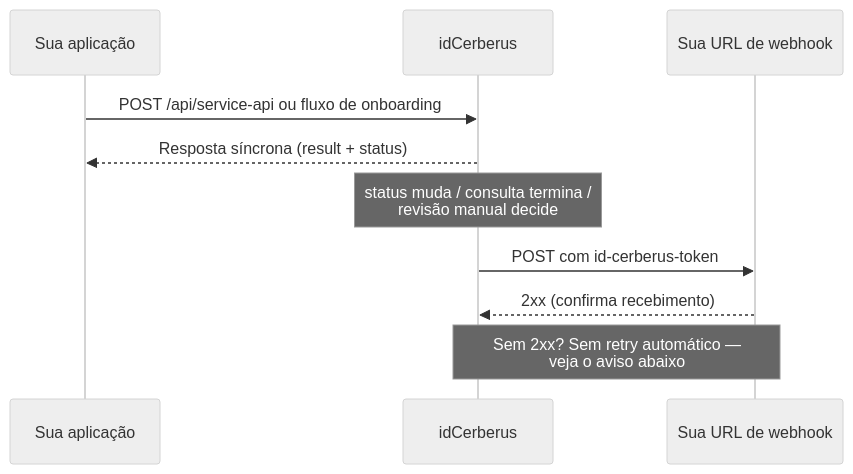
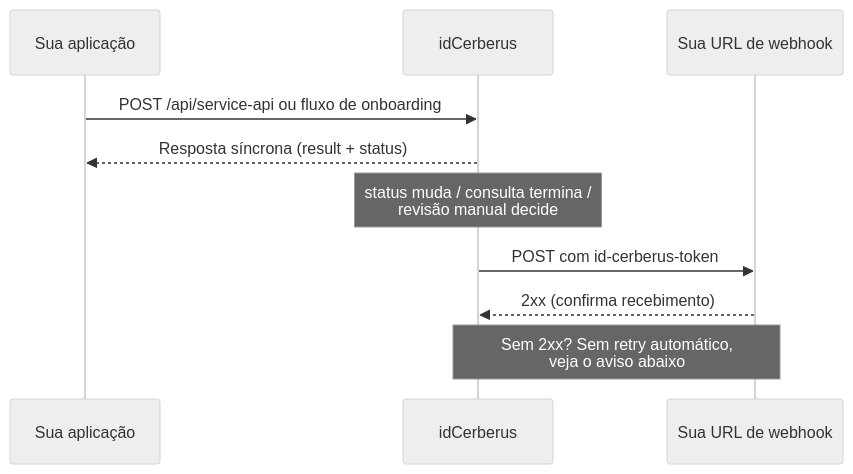
The diagram in guides/webhooks.mdx (React-it/api-docs-idcerberus), drawn with Mermaid (neutral theme) before and after one commit. The commit also changed other lines of this file and 19 other files, not shown here.

````diff
--- a/guides/webhooks.mdx
+++ b/guides/webhooks.mdx
@@ -44,13 +44,13 @@
 ```mermaid
 sequenceDiagram
     participant Você as Sua aplicação
     participant idCerberus
     participant Webhook as Sua URL de webhook
 
     Você->>idCerberus: POST /api/service-api ou fluxo de onboarding
     idCerberus-->>Você: Resposta síncrona (result + status)
     Note over idCerberus: status muda / consulta termina /<br/>revisão manual decide
     idCerberus->>Webhook: POST com id-cerberus-token
     Webhook-->>idCerberus: 2xx (confirma recebimento)
-    Note over idCerberus,Webhook: Sem 2xx? Sem retry automático —<br/>veja o aviso abaixo
+    Note over idCerberus,Webhook: Sem 2xx? Sem retry automático,<br/>veja o aviso abaixo
 ```
````
